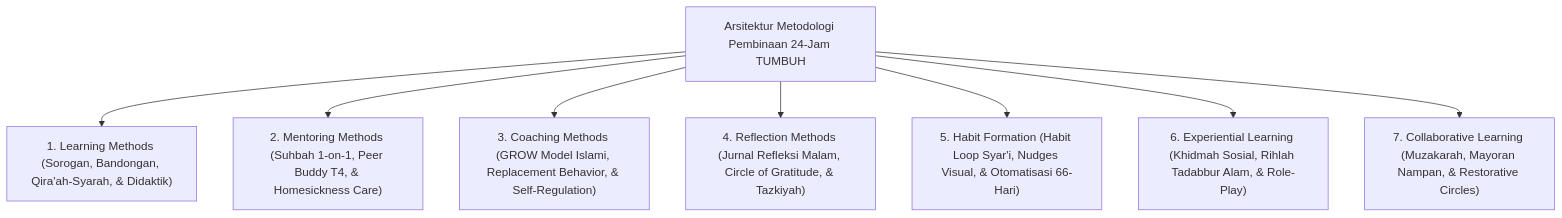
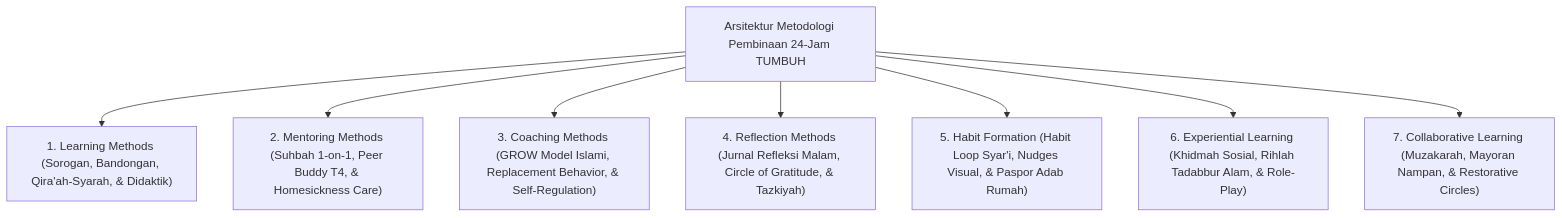
The diagram in 10 Methods/README.md (wandiapriliyandi/tumbuh), drawn with Mermaid before and after one commit. The commit also changed other lines of this file and 3 other files, not shown here.

````diff
--- a/10 Methods/README.md
+++ b/10 Methods/README.md
@@ -9,11 +16,11 @@
 ```mermaid
 graph TD
     MethodCore["Arsitektur Metodologi Pembinaan 24-Jam TUMBUH"]
     MethodCore --> LearnMet["1. Learning Methods (Sorogan, Bandongan, Qira'ah-Syarah, & Didaktik)"]
     MethodCore --> MentorMet["2. Mentoring Methods (Suhbah 1-on-1, Peer Buddy T4, & Homesickness Care)"]
     MethodCore --> CoachMet["3. Coaching Methods (GROW Model Islami, Replacement Behavior, & Self-Regulation)"]
     MethodCore --> ReflectMet["4. Reflection Methods (Jurnal Refleksi Malam, Circle of Gratitude, & Tazkiyah)"]
-    MethodCore --> HabitMet["5. Habit Formation (Habit Loop Syar'i, Nudges Visual, & Otomatisasi 66-Hari)"]
+    MethodCore --> HabitMet["5. Habit Formation (Habit Loop Syar'i, Nudges Visual, & Paspor Adab Rumah)"]
     MethodCore --> ExpMet["6. Experiential Learning (Khidmah Sosial, Rihlah Tadabbur Alam, & Role-Play)"]
     MethodCore --> CollabMet["7. Collaborative Learning (Muzakarah, Mayoran Nampan, & Restorative Circles)"]
 ```
````
